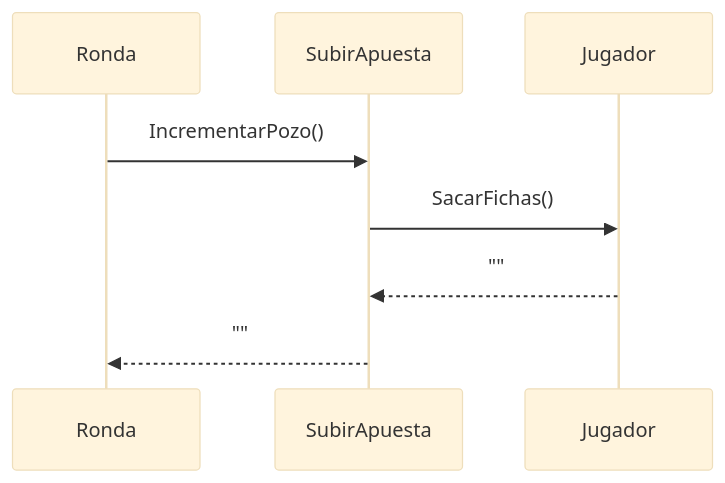
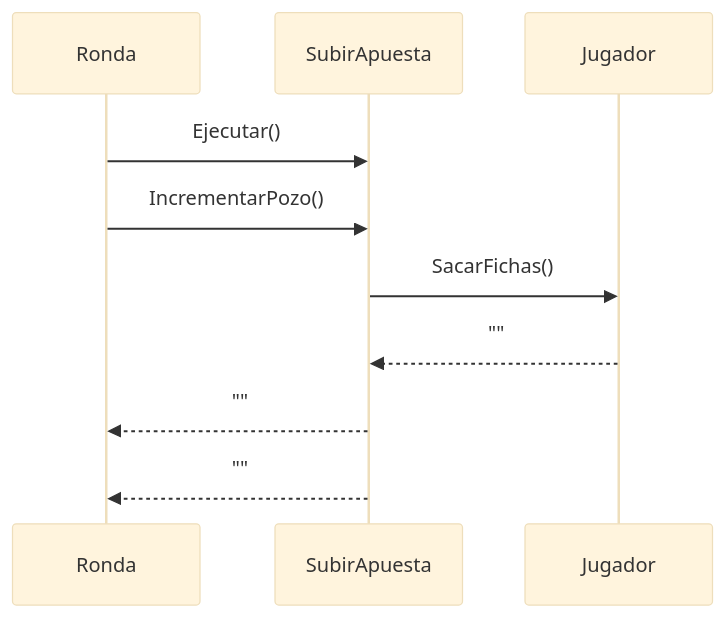
Before and after one commit to luchoxx87/Poker12: the fifth of 5 diagrams in Poker12.Core/LogicaRonda/README.md, drawn with Mermaid (base theme). The commit also changed other lines of this file, not shown here.

Commit message:
Corrección Diagrama de Secuencia

````diff
--- a/Poker12.Core/LogicaRonda/README.md
+++ b/Poker12.Core/LogicaRonda/README.md
@@ -80,11 +84,13 @@
 ```mermaid
 sequenceDiagram
     participant Ronda
     participant SubirApuesta
     participant Jugador
 
+    Ronda ->> SubirApuesta: Ejecutar()
     Ronda ->> SubirApuesta: IncrementarPozo()
     SubirApuesta ->> Jugador: SacarFichas()
     Jugador -->> SubirApuesta: ""
     SubirApuesta -->> Ronda: ""
+    SubirApuesta -->> Ronda: ""
 ```
````
